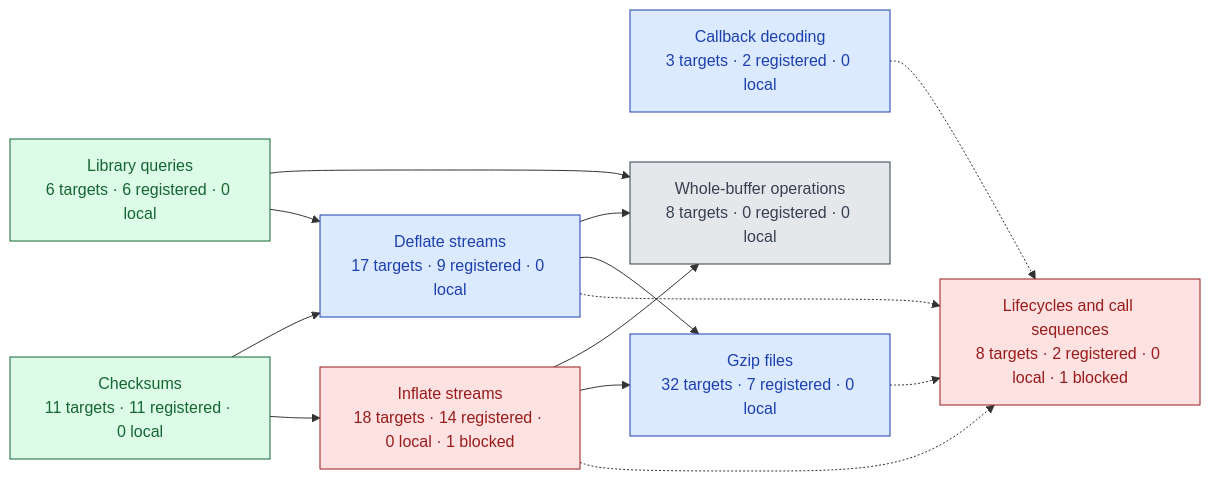
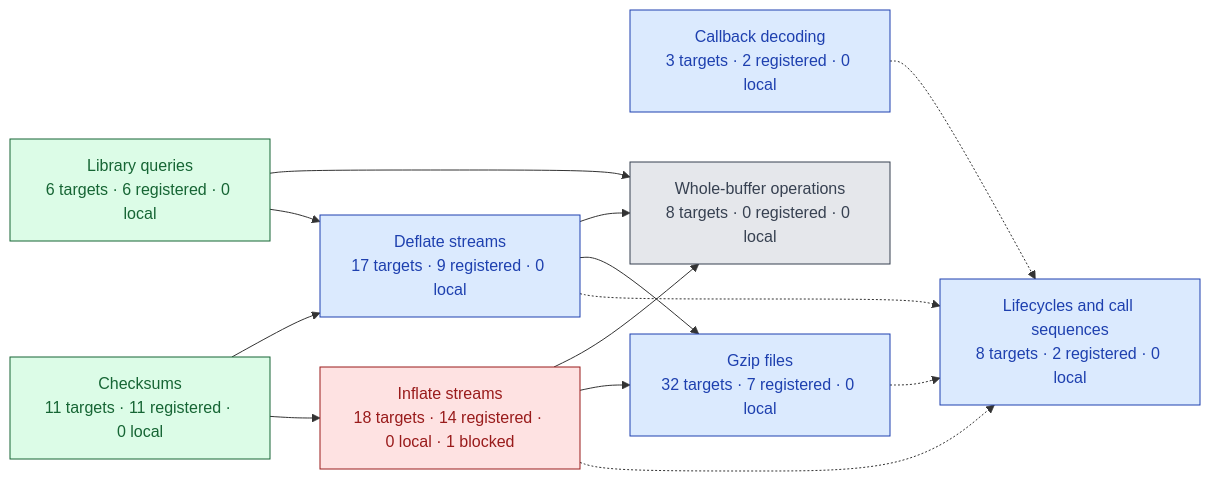
Before and after one commit to cla7aye15I4nd/zlib-f: the first of 5 diagrams in docs/overview.md, drawn with Mermaid. The commit also changed other lines of this file and 5 other files, not shown here.

````diff
--- a/docs/overview.md
+++ b/docs/overview.md
@@ -675,35 +680,35 @@
 ```mermaid
 flowchart LR
   queries["Library queries<br/>6 targets · 6 registered · 0 local"]:::registered
   checksums["Checksums<br/>11 targets · 11 registered · 0 local"]:::registered
   inflate["Inflate streams<br/>18 targets · 14 registered · 0 local · 1 blocked"]:::blocked
   deflate["Deflate streams<br/>17 targets · 9 registered · 0 local"]:::local
   back["Callback decoding<br/>3 targets · 2 registered · 0 local"]:::local
   gzip["Gzip files<br/>32 targets · 7 registered · 0 local"]:::local
   buffers["Whole-buffer operations<br/>8 targets · 0 registered · 0 local"]:::open
-  lifecycle["Lifecycles and call sequences<br/>8 targets · 2 registered · 0 local · 1 blocked"]:::blocked
+  lifecycle["Lifecycles and call sequences<br/>8 targets · 2 registered · 0 local"]:::local
   back -.-> lifecycle
   checksums --> deflate
   checksums --> inflate
   deflate --> buffers
   deflate --> gzip
   deflate -.-> lifecycle
   gzip -.-> lifecycle
   inflate --> buffers
   inflate --> gzip
   inflate -.-> lifecycle
   queries --> buffers
   queries --> deflate
   click queries href "https://github.com/cla7aye15I4nd/zlib-f/tree/234bfef3036e52b9a52d400430ece7af13412c7b/ZlibF/Spec/Public" "Open specifications" _blank
   click checksums href "https://github.com/cla7aye15I4nd/zlib-f/blob/234bfef3036e52b9a52d400430ece7af13412c7b/ZlibF/Spec/Public/Checksums.lean" "Open specifications" _blank
   click inflate href "https://github.com/cla7aye15I4nd/zlib-f/tree/234bfef3036e52b9a52d400430ece7af13412c7b/ZlibF/Spec/Public" "Open specifications" _blank
   click deflate href "https://github.com/cla7aye15I4nd/zlib-f/tree/234bfef3036e52b9a52d400430ece7af13412c7b/ZlibF/Spec/Public" "Open specifications" _blank
   click back href "https://github.com/cla7aye15I4nd/zlib-f/blob/234bfef3036e52b9a52d400430ece7af13412c7b/ZlibF/Spec/Public/Back.lean" "Open specifications" _blank
   click gzip href "https://github.com/cla7aye15I4nd/zlib-f/tree/234bfef3036e52b9a52d400430ece7af13412c7b/ZlibF/Spec/Public" "Open specifications" _blank
   click buffers href "https://github.com/cla7aye15I4nd/zlib-f/blob/234bfef3036e52b9a52d400430ece7af13412c7b/ZlibF/Spec/Public/Utilities.lean" "Open specifications" _blank
   click lifecycle href "https://github.com/cla7aye15I4nd/zlib-f/tree/234bfef3036e52b9a52d400430ece7af13412c7b/ZlibF/Spec/Public" "Open specifications" _blank
   classDef registered fill:#dcfce7,color:#166534,stroke:#166534
   classDef local fill:#dbeafe,color:#1e40af,stroke:#1e40af
   classDef open fill:#e5e7eb,color:#374151,stroke:#374151
   classDef blocked fill:#fee2e2,color:#991b1b,stroke:#991b1b
 ```
````
